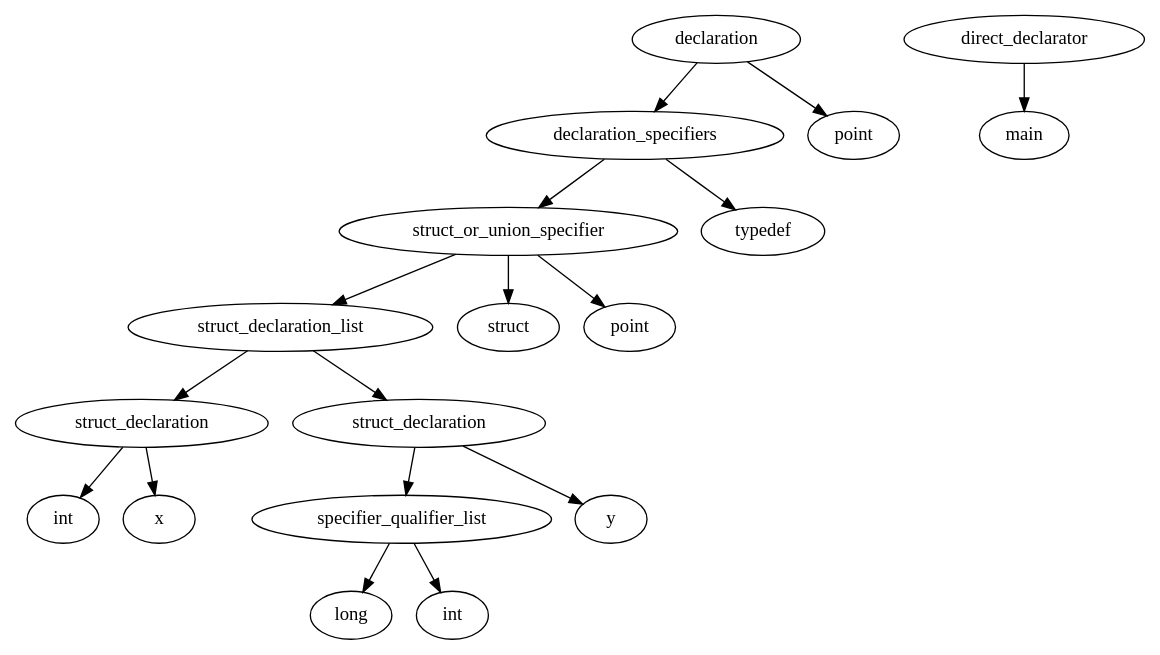
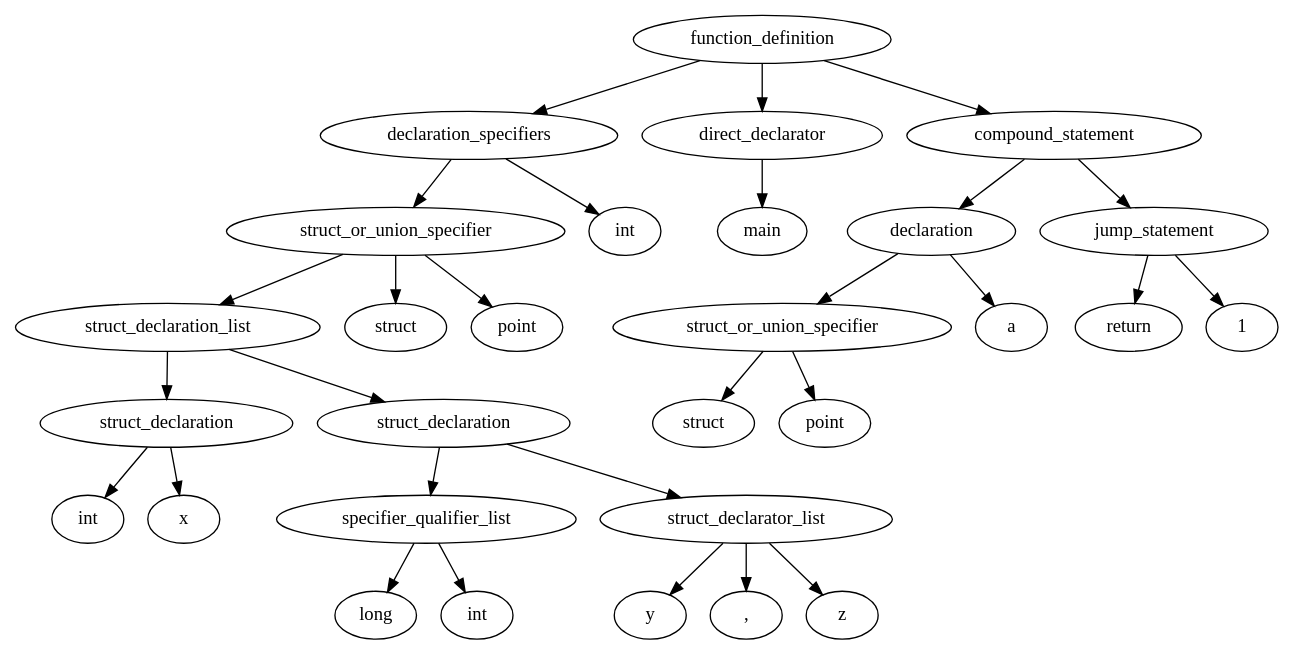
Before and after one commit to govarun/compiler-project: the diagram in graph1.dot, drawn with Graphviz. The commit also changed 3 other files, not shown here.

```diff
--- a/graph1.dot
+++ b/graph1.dot
@@ -1,36 +1,59 @@
 digraph ethane {
 1[label="struct_declaration"]
 2[label="int"]
 1 -> 2
 3[label="x"]
 1 -> 3
 4[label="specifier_qualifier_list"]
 5[label="long"]
 4 -> 5
 6[label="int"]
 4 -> 6
-7[label="struct_declaration"]
-7 -> 4
+7[label="struct_declarator_list"]
 8[label="y"]
 7 -> 8
-9[label="struct_declaration_list"]
-9 -> 1
-9 -> 7
-10[label="struct_or_union_specifier"]
-11[label="struct"]
-10 -> 11
-12[label="point"]
-10 -> 12
-10 -> 9
-13[label="declaration_specifiers"]
-14[label="typedef"]
+9[label=","]
+7 -> 9
+10[label="z"]
+7 -> 10
+11[label="struct_declaration"]
+11 -> 4
+11 -> 7
+12[label="struct_declaration_list"]
+12 -> 1
+12 -> 11
+13[label="struct_or_union_specifier"]
+14[label="struct"]
 13 -> 14
-13 -> 10
-15[label="declaration"]
-15 -> 13
-16[label="point"]
-15 -> 16
-17[label="direct_declarator"]
-18[label="main"]
-17 -> 18
+15[label="point"]
+13 -> 15
+13 -> 12
+16[label="declaration_specifiers"]
+16 -> 13
+17[label="int"]
+16 -> 17
+18[label="direct_declarator"]
+19[label="main"]
+18 -> 19
+20[label="struct_or_union_specifier"]
+21[label="struct"]
+20 -> 21
+22[label="point"]
+20 -> 22
+23[label="declaration"]
+23 -> 20
+24[label="a"]
+23 -> 24
+25[label="jump_statement"]
+26[label="return"]
+25 -> 26
+27[label="1"]
+25 -> 27
+28[label="compound_statement"]
+28 -> 23
+28 -> 25
+29[label="function_definition"]
+29 -> 16
+29 -> 18
+29 -> 28
 }
```
